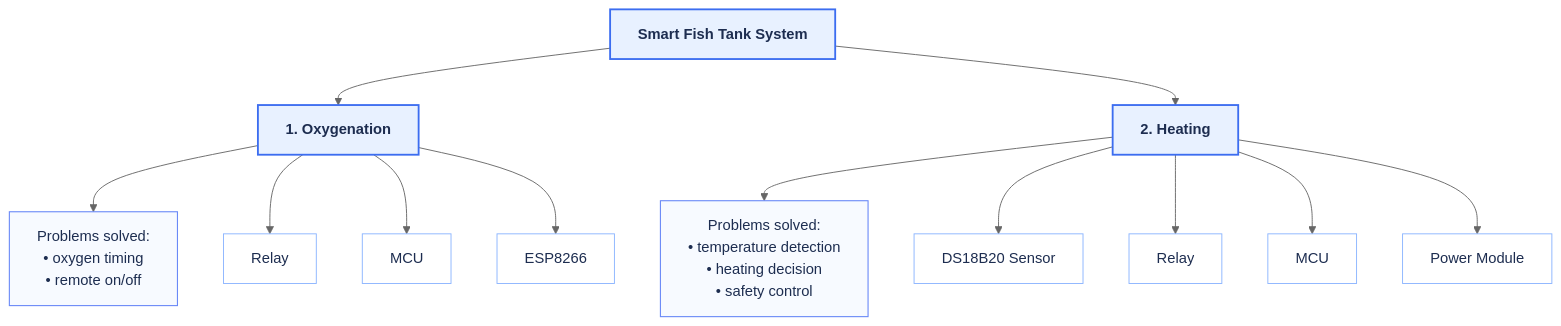
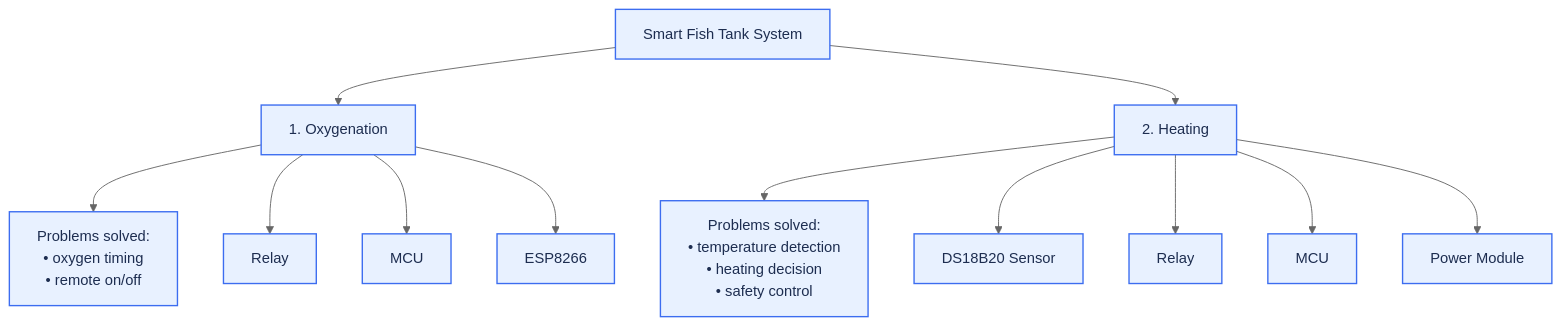
The diagram in fish tank1.md (Skylar9812/smart-fish-tank), drawn with Mermaid (neutral theme) before and after one commit.

Commit message:
Update fish tank diagram with unified blue style

````diff
--- a/fish tank1.md
+++ b/fish tank1.md
@@ -1,24 +1,26 @@
 ```mermaid
 graph TB
-    %% 全局样式
-    classDef title fill:#e8f1ff,stroke:#3c6df0,stroke-width:2px,color:#1d2d50,font-weight:bold;
-    classDef layer2 fill:#f7faff,stroke:#6a89f7,stroke-width:1.2px,color:#1d2d50;
-    classDef device fill:#ffffff,stroke:#8ab4ff,stroke-width:1px,color:#1d2d50;
 
-    A[Smart Fish Tank System]:::title
+    %% 统一蓝色背景的样式
+    classDef blue fill:#e8f1ff,stroke:#3c6df0,stroke-width:1.5px,color:#1d2d50;
 
-    %% Oxygenation
-    A --> B[1. Oxygenation]:::title
-    B --> B1[Problems solved:<br>• oxygen timing<br>• remote on/off]:::layer2
-    B --> B2[Relay]:::device
-    B --> B3[MCU]:::device
-    B --> B4[ESP8266]:::device
+    %% 第一层：系统
+    A[Smart Fish Tank System]:::blue
 
-    %% Heating
-    A --> C[2. Heating]:::title
-    C --> C1[Problems solved:<br>• temperature detection<br>• heating decision<br>• safety control]:::layer2
-    C --> C2[DS18B20 Sensor]:::device
-    C --> C3[Relay]:::device
-    C --> C4[MCU]:::device
-    C --> C5[Power Module]:::device
+    %% ---- Oxygenation ----
+    A --> B[1. Oxygenation]:::blue
+
+    B --> B1[Problems solved:<br>• oxygen timing<br>• remote on/off]:::blue
+    B --> B2[Relay]:::blue
+    B --> B3[MCU]:::blue
+    B --> B4[ESP8266]:::blue
+
+    %% ---- Heating ----
+    A --> C[2. Heating]:::blue
+
+    C --> C1[Problems solved:<br>• temperature detection<br>• heating decision<br>• safety control]:::blue
+    C --> C2[DS18B20 Sensor]:::blue
+    C --> C3[Relay]:::blue
+    C --> C4[MCU]:::blue
+    C --> C5[Power Module]:::blue
 ```
````
